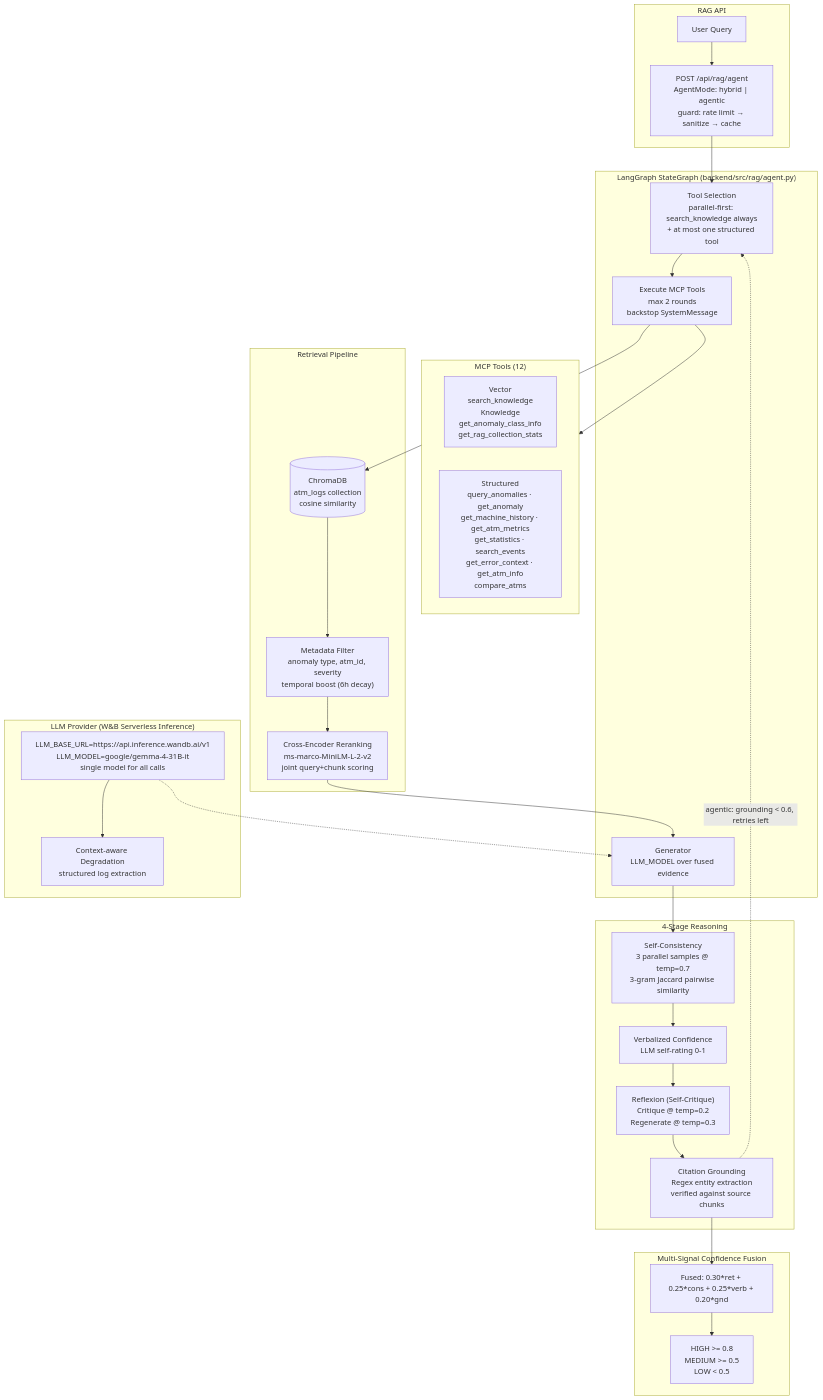
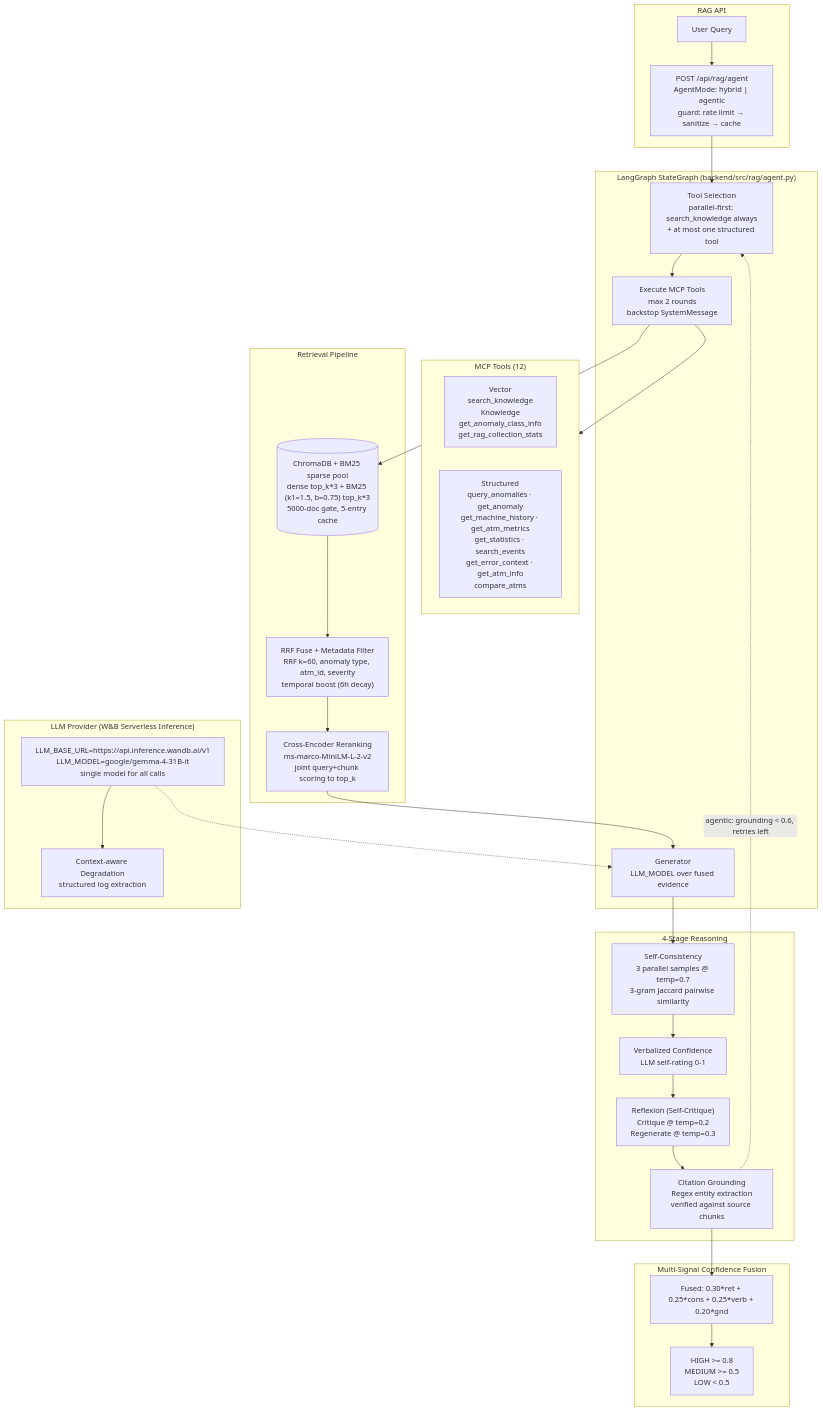
The sixth of 10 diagrams in docs/README-full.md (AhmedIkram05/laad), drawn with Mermaid before and after one commit. The commit also changed other lines of this file, not shown here.

Commit message:
docs: update README to clarify agentic hybrid RAG system and retrieval enhancements
- Revised description of the agentic hybrid RAG system to include details on true-hybrid retrieval and BM25 scoring.
- Added terminology section to define key concepts related to hybrid and agentic modes.
- Updated retrieval pipeline details to reflect the integration of dense and sparse document retrieval methods.

````diff
--- a/docs/README-full.md
+++ b/docs/README-full.md
@@ -791,48 +793,48 @@
 ```mermaid
 flowchart TD
   subgraph API ["RAG API"]
     Q["User Query"]
     AGENT["POST /api/rag/agent<br/>AgentMode: hybrid | agentic<br/>guard: rate limit → sanitize → cache"]
   end
 
   subgraph Graph ["LangGraph StateGraph (backend/src/rag/agent.py)"]
     SEL["Tool Selection<br/>parallel-first: search_knowledge always<br/>+ at most one structured tool"]
     EXEC["Execute MCP Tools<br/>max 2 rounds<br/>backstop SystemMessage"]
     GEN["Generator<br/>LLM_MODEL over fused evidence"]
   end
 
   subgraph Tools ["MCP Tools (12)"]
     KNOW["Vector<br/>search_knowledge<br/>Knowledge<br/>get_anomaly_class_info<br/>get_rag_collection_stats"]
     STRUC["Structured<br/>query_anomalies · get_anomaly<br/>get_machine_history · get_atm_metrics<br/>get_statistics · search_events<br/>get_error_context · get_atm_info<br/>compare_atms"]
   end
 
   subgraph Retrieval ["Retrieval Pipeline"]
-    CDB[("ChromaDB<br/>atm_logs collection<br/>cosine similarity")]
-    FILTER["Metadata Filter<br/>anomaly type, atm_id, severity<br/>temporal boost (6h decay)"]
-    CE["Cross-Encoder Reranking<br/>ms-marco-MiniLM-L-2-v2<br/>joint query+chunk scoring"]
+    CDB[("ChromaDB + BM25 sparse pool<br/>dense top_k*3 + BM25 (k1=1.5, b=0.75) top_k*3<br/>5000-doc gate, 5-entry cache")]
+    FILTER["RRF Fuse + Metadata Filter<br/>RRF k=60, anomaly type, atm_id, severity<br/>temporal boost (6h decay)"]
+    CE["Cross-Encoder Reranking<br/>ms-marco-MiniLM-L-2-v2<br/>joint query+chunk scoring to top_k"]
   end
 
   subgraph Reasoning ["4-Stage Reasoning"]
     SC["Self-Consistency<br/>3 parallel samples @ temp=0.7<br/>3-gram Jaccard pairwise similarity"]
     VC["Verbalized Confidence<br/>LLM self-rating 0-1"]
     REFLEX["Reflexion (Self-Critique)<br/>Critique @ temp=0.2<br/>Regenerate @ temp=0.3"]
     CG["Citation Grounding<br/>Regex entity extraction<br/>verified against source chunks"]
   end
 
   subgraph Fusion ["Multi-Signal Confidence Fusion"]
     FUSE["Fused: 0.30*ret + 0.25*cons + 0.25*verb + 0.20*gnd"]
     LEVEL["HIGH >= 0.8<br/>MEDIUM >= 0.5<br/>LOW < 0.5"]
   end
 
   subgraph LLM ["LLM Provider (W&B Serverless Inference)"]
     WANDB["LLM_BASE_URL=https://api.inference.wandb.ai/v1<br/>LLM_MODEL=google/gemma-4-31B-it<br/>single model for all calls"]
     DEGRADE["Context-aware Degradation<br/>structured log extraction"]
   end
 
   Q --> AGENT --> SEL --> EXEC --> Tools
   EXEC --> CDB --> FILTER --> CE --> GEN
   GEN --> SC --> VC --> REFLEX --> CG --> FUSE --> LEVEL
   WANDB --> DEGRADE
   WANDB -.-> GEN
   CG -. "agentic: grounding < 0.6, retries left" .-> SEL
 ```
````
